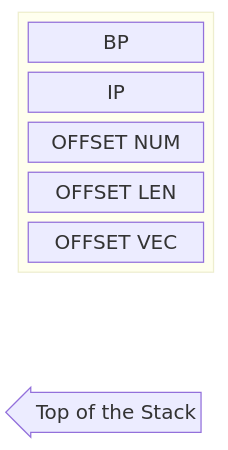
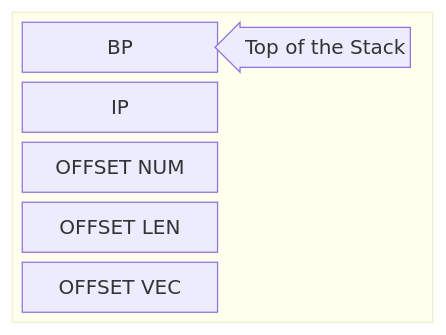
One commit to tudorcoroian17/ALP changed the first of 2 diagrams in Lab_09/proc-mac-write.md. Above: the diagram before and after it, drawn with Mermaid.

Commit message:
v4.5 for tudorial

````diff
--- a/Lab_09/proc-mac-write.md
+++ b/Lab_09/proc-mac-write.md
@@ -41,9 +41,11 @@
 ```mermaid
 block-beta
-    columns 1
     block
-        columns 1
-        BP IP c["OFFSET NUM"] d["OFFSET LEN"] e["OFFSET VEC"]
+        columns 2
+        BP arrow<["Top of the Stack"]>(left)
+        IP space
+        c["OFFSET NUM"] space
+        d["OFFSET LEN"] space
+        e["OFFSET VEC"] space
     end
-    arrow<["Top of the Stack"]>(left) space:4
 ```
````
